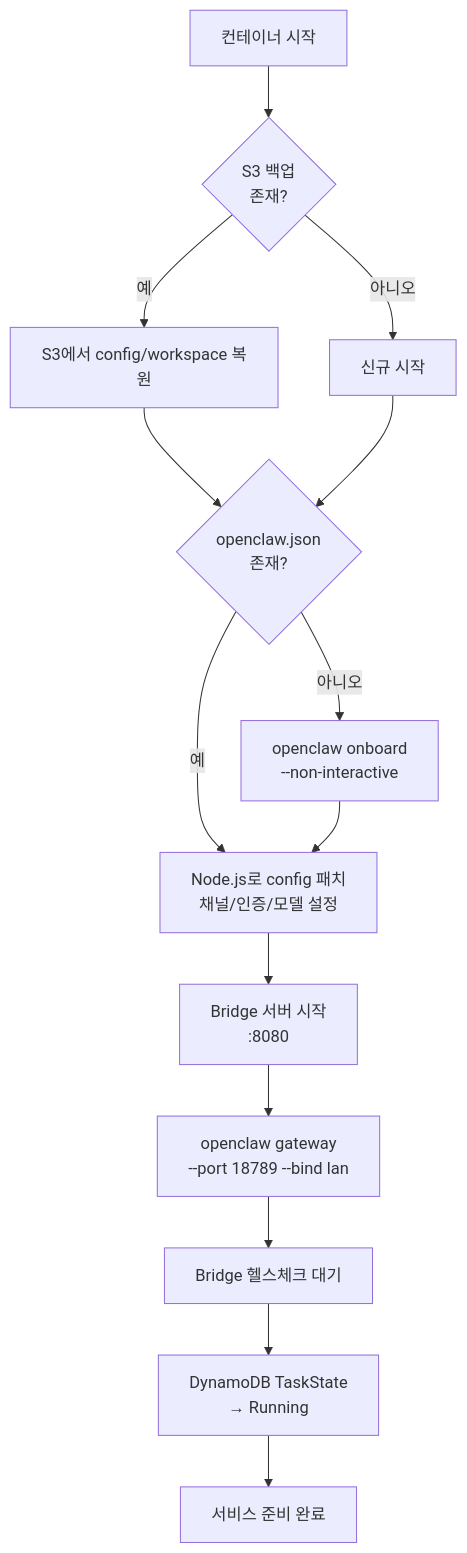
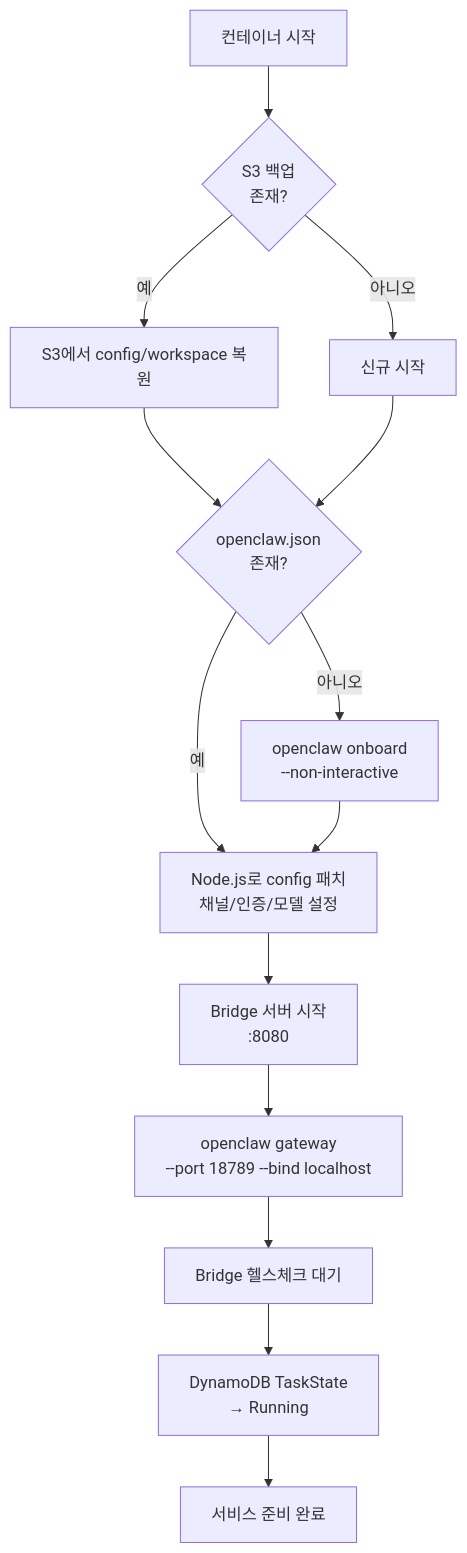
Before and after one commit to geoseong/serverless-openclaw: the first of 3 diagrams in docs/implementation-plan.md, drawn with Mermaid. The commit also changed other lines of this file and 5 other files, not shown here.

````diff
--- a/docs/implementation-plan.md
+++ b/docs/implementation-plan.md
@@ -92,16 +109,16 @@
 ```mermaid
 graph TD
     Start[컨테이너 시작] --> RestoreS3{S3 백업\n존재?}
     RestoreS3 -->|예| Restore[S3에서 config/workspace 복원]
     RestoreS3 -->|아니오| Fresh[신규 시작]
     Restore --> CheckConfig{openclaw.json\n존재?}
     Fresh --> CheckConfig
     CheckConfig -->|아니오| Onboard["openclaw onboard\n--non-interactive"]
     CheckConfig -->|예| Patch
     Onboard --> Patch[Node.js로 config 패치\n채널/인증/모델 설정]
     Patch --> StartBridge[Bridge 서버 시작\n:8080]
-    StartBridge --> StartGW["openclaw gateway\n--port 18789 --bind lan"]
+    StartBridge --> StartGW["openclaw gateway\n--port 18789 --bind localhost"]
     StartGW --> Health[Bridge 헬스체크 대기]
     Health --> UpdateDDB[DynamoDB TaskState\n→ Running]
     UpdateDDB --> Ready[서비스 준비 완료]
 ```
````
